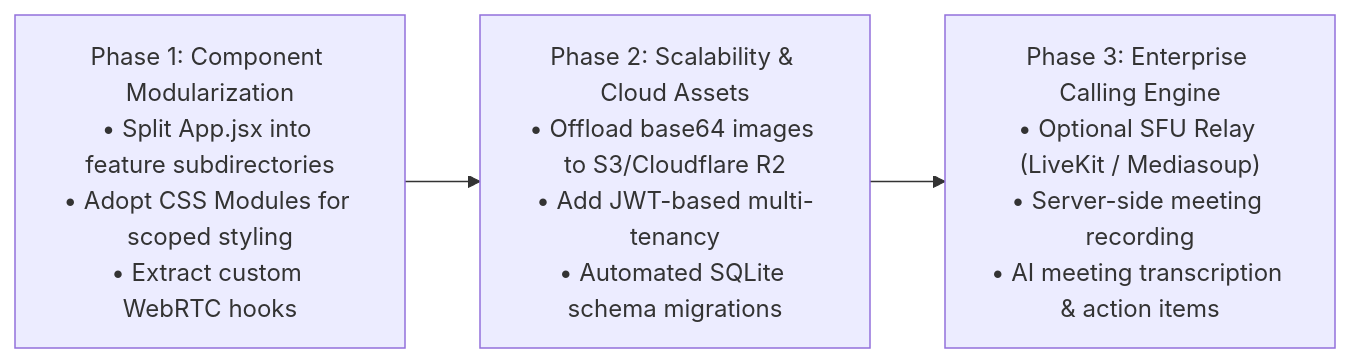
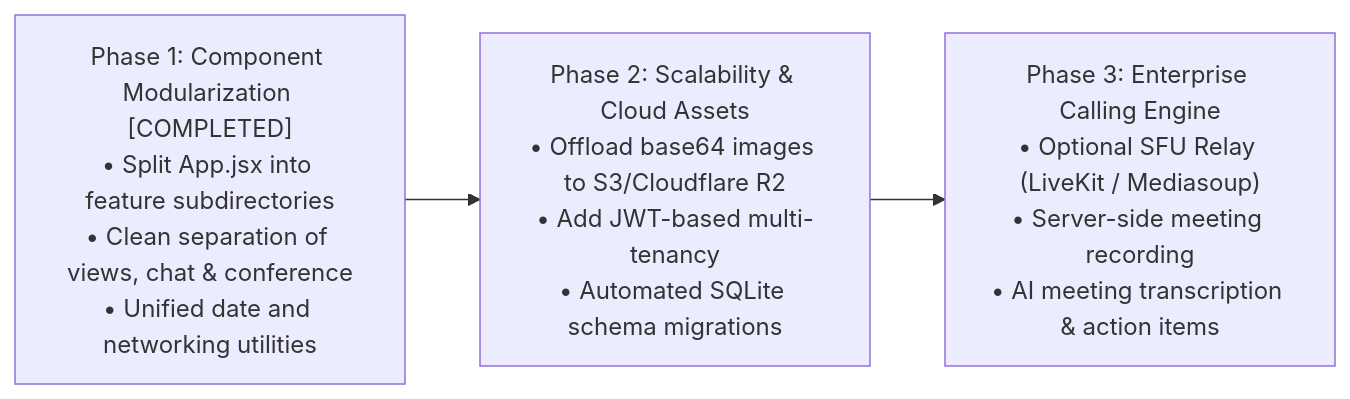
Diagram 11 of 11 in PROJECT_DOCUMENTATION.md (itssagarK/meetManager), drawn with Mermaid before and after one commit. The commit also changed other lines of this file and 25 other files, not shown here.

````diff
--- a/PROJECT_DOCUMENTATION.md
+++ b/PROJECT_DOCUMENTATION.md
@@ -992,5 +1047,5 @@
 ```mermaid
 flowchart LR
-    Phase1["Phase 1: Component Modularization\n• Split App.jsx into feature subdirectories\n• Adopt CSS Modules for scoped styling\n• Extract custom WebRTC hooks"] --> Phase2["Phase 2: Scalability & Cloud Assets\n• Offload base64 images to S3/Cloudflare R2\n• Add JWT-based multi-tenancy\n• Automated SQLite schema migrations"]
+    Phase1["Phase 1: Component Modularization [COMPLETED]\n• Split App.jsx into feature subdirectories\n• Clean separation of views, chat & conference\n• Unified date and networking utilities"] --> Phase2["Phase 2: Scalability & Cloud Assets\n• Offload base64 images to S3/Cloudflare R2\n• Add JWT-based multi-tenancy\n• Automated SQLite schema migrations"]
     Phase2 --> Phase3["Phase 3: Enterprise Calling Engine\n• Optional SFU Relay (LiveKit / Mediasoup)\n• Server-side meeting recording\n• AI meeting transcription & action items"]
 ```
````
